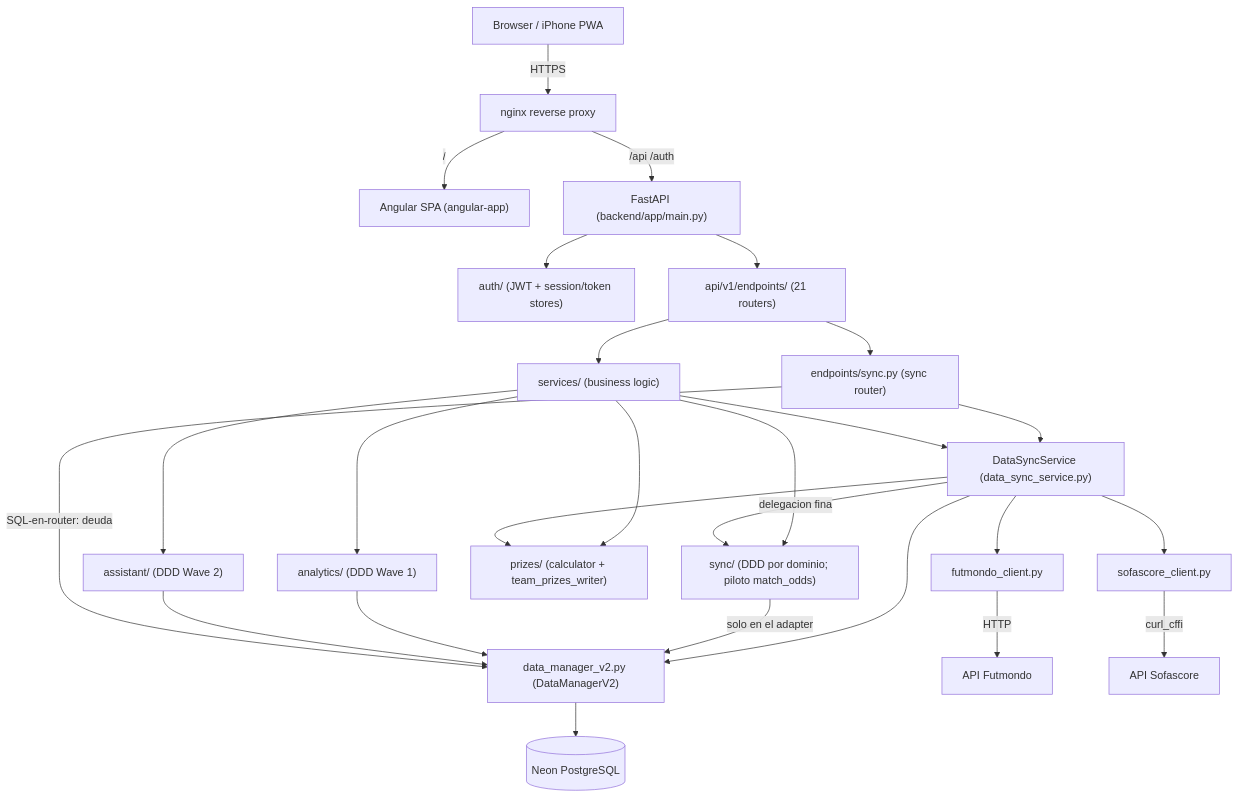
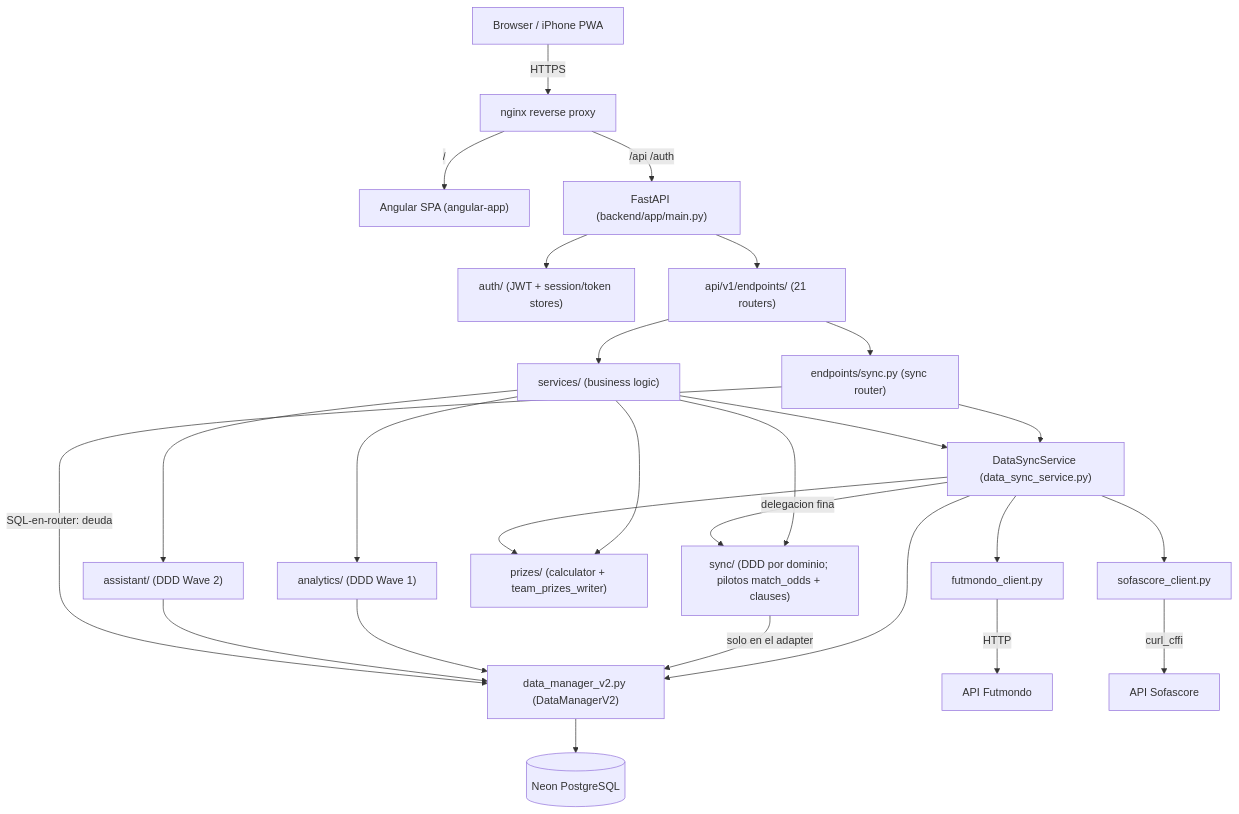
The first of 4 diagrams in aidlc/spaces/default/codekb/futmondo-analytics/architecture.md (Mutinho/futmondo-analytics), drawn with Mermaid before and after one commit. The commit also changed other lines of this file and 56 other files, not shown here.

````diff
--- a/aidlc/spaces/default/codekb/futmondo-analytics/architecture.md
+++ b/aidlc/spaces/default/codekb/futmondo-analytics/architecture.md
@@ -34,32 +35,32 @@
 ```mermaid
 graph TD
   Browser["Browser / iPhone PWA"] -->|HTTPS| Nginx["nginx reverse proxy"]
   Nginx -->|/| NG["Angular SPA (angular-app)"]
   Nginx -->|/api /auth| API["FastAPI (backend/app/main.py)"]
 
   API --> Auth["auth/ (JWT + session/token stores)"]
   API --> Routers["api/v1/endpoints/ (21 routers)"]
 
   Routers --> SyncRouter["endpoints/sync.py (sync router)"]
   Routers --> Services["services/ (business logic)"]
   SyncRouter --> DSS["DataSyncService (data_sync_service.py)"]
   Services --> DSS
-  Services --> SyncPkg["sync/ (DDD por dominio; piloto match_odds)"]
+  Services --> SyncPkg["sync/ (DDD por dominio; pilotos match_odds + clauses)"]
   Services --> Analytics["analytics/ (DDD Wave 1)"]
   Services --> Assistant["assistant/ (DDD Wave 2)"]
   Services --> Prizes["prizes/ (calculator + team_prizes_writer)"]
 
   DSS --> FClient["futmondo_client.py"]
   DSS --> SClient["sofascore_client.py"]
   DSS --> Prizes
   DSS -->|delegacion fina| SyncPkg
   DSS --> DM["data_manager_v2.py (DataManagerV2)"]
   SyncPkg -->|solo en el adapter| DM
   Analytics --> DM
   Assistant --> DM
   SyncRouter -->|SQL-en-router: deuda| DM
 
   DM --> Neon[("Neon PostgreSQL")]
   FClient -->|HTTP| Futmondo["API Futmondo"]
   SClient -->|curl_cffi| Sofascore["API Sofascore"]
 ```
````
